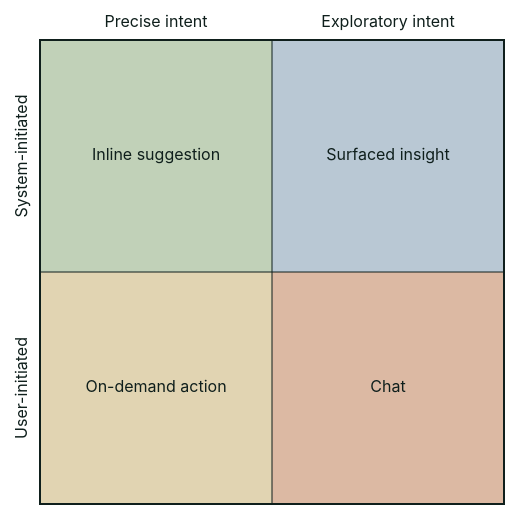
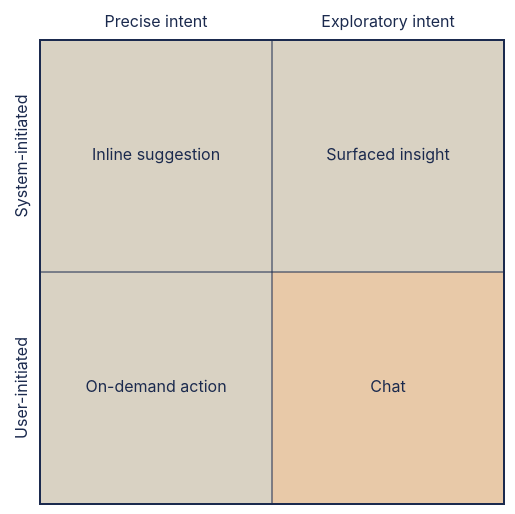
The diagram in docs/blog/posts/stop-defaulting-to-chat.md (alfredpersson/personal-website), drawn with Mermaid before and after one commit. The commit also changed 10 other files, not shown here.

````diff
--- a/docs/blog/posts/stop-defaulting-to-chat.md
+++ b/docs/blog/posts/stop-defaulting-to-chat.md
@@ -34,10 +34,10 @@
 ```mermaid
-%%{init: {'theme':'base', 'themeVariables': {'quadrant1Fill':'#b9c8d4','quadrant2Fill':'#c1d1b8','quadrant3Fill':'#e1d4b2','quadrant4Fill':'#dcb9a3','quadrant1TextFill':'#0f1f1c','quadrant2TextFill':'#0f1f1c','quadrant3TextFill':'#0f1f1c','quadrant4TextFill':'#0f1f1c','quadrantXAxisTextFill':'#0f1f1c','quadrantYAxisTextFill':'#0f1f1c','quadrantTitleFill':'#0f1f1c','quadrantInternalBorderStrokeFill':'#0f1f1c','quadrantExternalBorderStrokeFill':'#0f1f1c'}}}%%
+%%{init: {'theme':'base', 'themeVariables': {'quadrant1Fill':'#D9D2C3','quadrant2Fill':'#D9D2C3','quadrant3Fill':'#D9D2C3','quadrant4Fill':'#E8C9A8','quadrant1TextFill':'#1B2A4E','quadrant2TextFill':'#1B2A4E','quadrant3TextFill':'#1B2A4E','quadrant4TextFill':'#1B2A4E','quadrantXAxisTextFill':'#1B2A4E','quadrantYAxisTextFill':'#1B2A4E','quadrantTitleFill':'#1B2A4E','quadrantInternalBorderStrokeFill':'#1B2A4E','quadrantExternalBorderStrokeFill':'#1B2A4E'}}}%%
 quadrantChart
     x-axis Precise intent --> Exploratory intent
     y-axis User-initiated --> System-initiated
     quadrant-1 Surfaced insight
     quadrant-2 Inline suggestion
     quadrant-3 On-demand action
     quadrant-4 Chat
 ```
````
